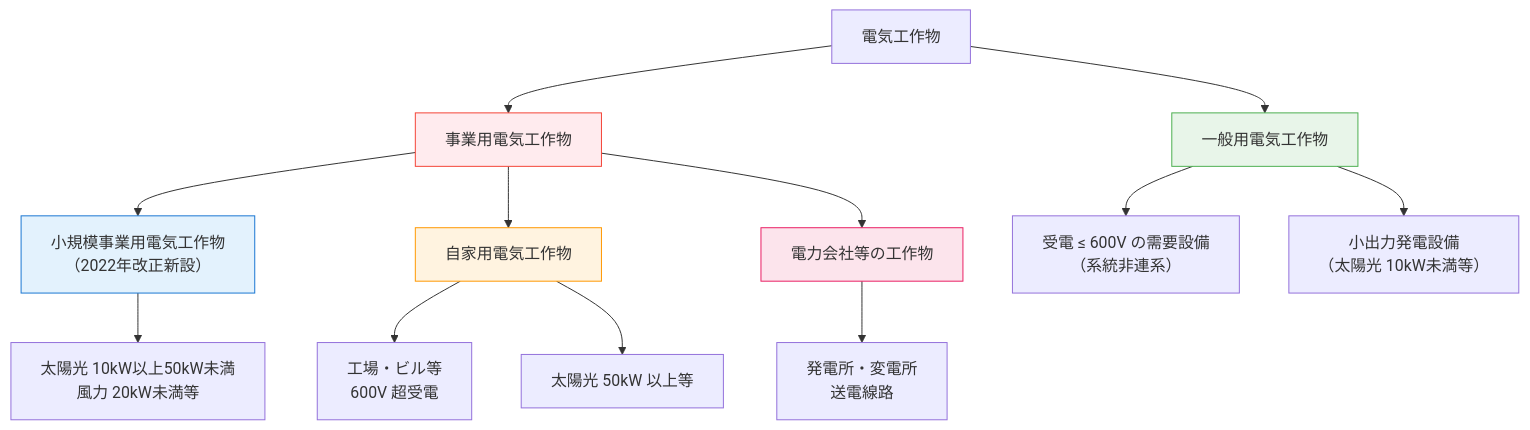
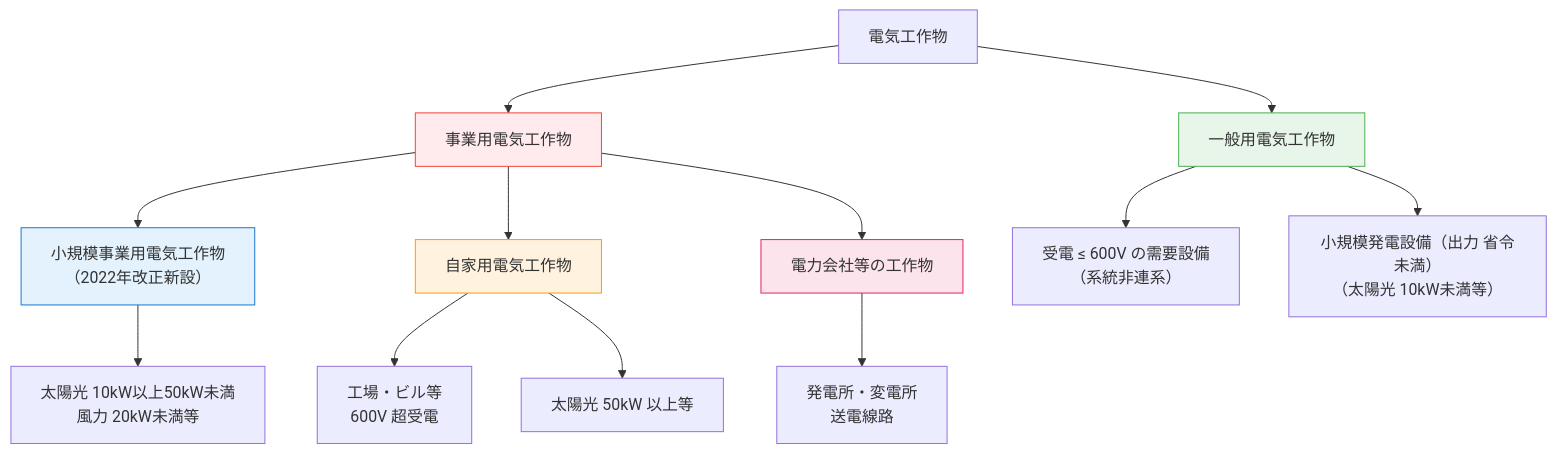
One commit to kfurufuru/denken-wiki changed the first of 2 diagrams in docs/articles/jigyoho/38.md. Above: the diagram before and after it, drawn with Mermaid. The commit also changed other lines of this file and 13 other files, not shown here.

````diff
--- a/docs/articles/jigyoho/38.md
+++ b/docs/articles/jigyoho/38.md
@@ -51,20 +54,20 @@
 ```mermaid
 graph TD
     A["電気工作物"] --> B["一般用電気工作物"]
     A --> C["事業用電気工作物"]
     C --> C1["小規模事業用電気工作物\n（2022年改正新設）"]
     C --> D["自家用電気工作物"]
     C --> E["電力会社等の工作物"]
     B --> B1["受電 ≤ 600V の需要設備\n（系統非連系）"]
-    B --> B2["小出力発電設備\n（太陽光 10kW未満等）"]
+    B --> B2["小規模発電設備（出力 省令未満）\n（太陽光 10kW未満等）"]
     C1 --> C1a["太陽光 10kW以上50kW未満\n風力 20kW未満等"]
     D --> D1["工場・ビル等\n600V 超受電"]
     D --> D2["太陽光 50kW 以上等"]
     E --> E1["発電所・変電所\n送電線路"]
 
     style B fill:#e8f5e9,stroke:#4caf50
     style C1 fill:#e3f2fd,stroke:#1976d2
     style C fill:#ffebee,stroke:#f44336
     style D fill:#fff3e0,stroke:#ff9800
     style E fill:#fce4ec,stroke:#e91e63
 ```
````
